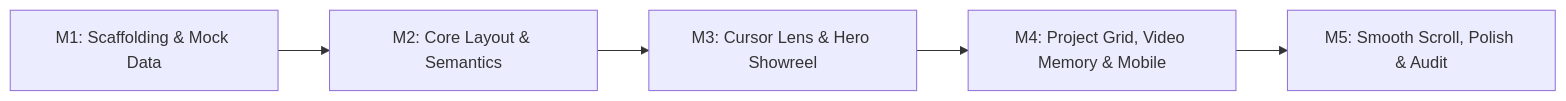
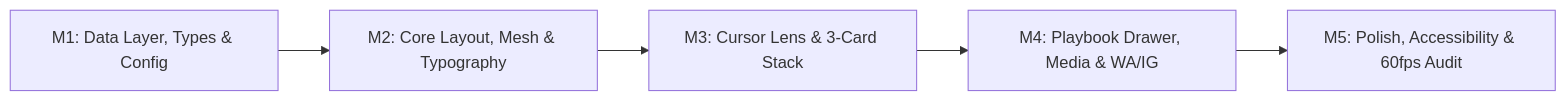
One commit to draawijaya08-bot/draamotionnn changed the diagram in specs/TASKS.md. Above: the diagram before and after it, drawn with Mermaid. The commit also changed other lines of this file and 10 other files, not shown here.

Commit message:
feat: initialize portfolio core architecture, types, and specs for Indra Wijaya motion design website

````diff
--- a/specs/TASKS.md
+++ b/specs/TASKS.md
@@ -13,7 +14,7 @@
 ```mermaid
 graph LR
-    M1[M1: Scaffolding & Mock Data] --> M2[M2: Core Layout & Semantics]
-    M2 --> M3[M3: Cursor Lens & Hero Showreel]
-    M3 --> M4[M4: Project Grid, Video Memory & Mobile]
-    M4 --> M5[M5: Smooth Scroll, Polish & Audit]
+    M1[M1: Data Layer, Types & Config] --> M2[M2: Core Layout, Mesh & Typography]
+    M2 --> M3[M3: Cursor Lens & 3-Card Stack]
+    M3 --> M4[M4: Playbook Drawer, Media & WA/IG]
+    M4 --> M5[M5: Polish, Accessibility & 60fps Audit]
 ```
````
